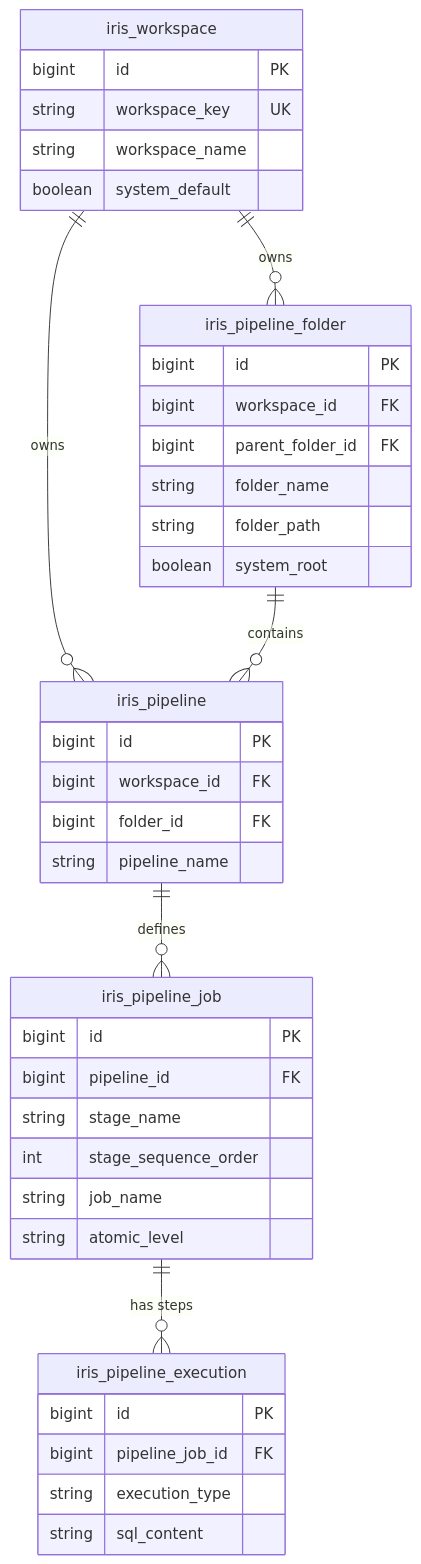
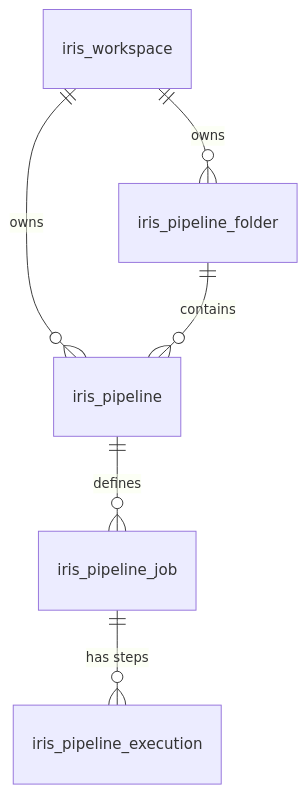
The third of 8 diagrams in quarto/architecture.qmd (tibame201020/IrisPipe), drawn with Mermaid before and after one commit. The commit also changed other lines of this file and 1 other file, not shown here.

Commit message:
docs: simplify Mermaid diagrams - reduce node text density for readability

````diff
--- a/quarto/architecture.qmd
+++ b/quarto/architecture.qmd
@@ -146,47 +137,8 @@
 ```{mermaid}
 erDiagram
-  iris_workspace {
-    bigint id PK
-    string workspace_key UK
-    string workspace_name
-    boolean system_default
-  }
-
-  iris_pipeline_folder {
-    bigint id PK
-    bigint workspace_id FK
-    bigint parent_folder_id FK
-    string folder_name
-    string folder_path
-    boolean system_root
-  }
-
-  iris_pipeline {
-    bigint id PK
-    bigint workspace_id FK
-    bigint folder_id FK
-    string pipeline_name
-  }
-
-  iris_pipeline_job {
-    bigint id PK
-    bigint pipeline_id FK
-    string stage_name
-    int stage_sequence_order
-    string job_name
-    string atomic_level
-  }
-
-  iris_pipeline_execution {
-    bigint id PK
-    bigint pipeline_job_id FK
-    string execution_type
-    string sql_content
-  }
-
-  iris_workspace ||--o{ iris_pipeline_folder : "owns"
-  iris_workspace ||--o{ iris_pipeline : "owns"
-  iris_pipeline_folder ||--o{ iris_pipeline : "contains"
-  iris_pipeline ||--o{ iris_pipeline_job : "defines"
+  iris_workspace ||--o{ iris_pipeline_folder : owns
+  iris_workspace ||--o{ iris_pipeline : owns
+  iris_pipeline_folder ||--o{ iris_pipeline : contains
+  iris_pipeline ||--o{ iris_pipeline_job : defines
   iris_pipeline_job ||--o{ iris_pipeline_execution : "has steps"
 ```
````
